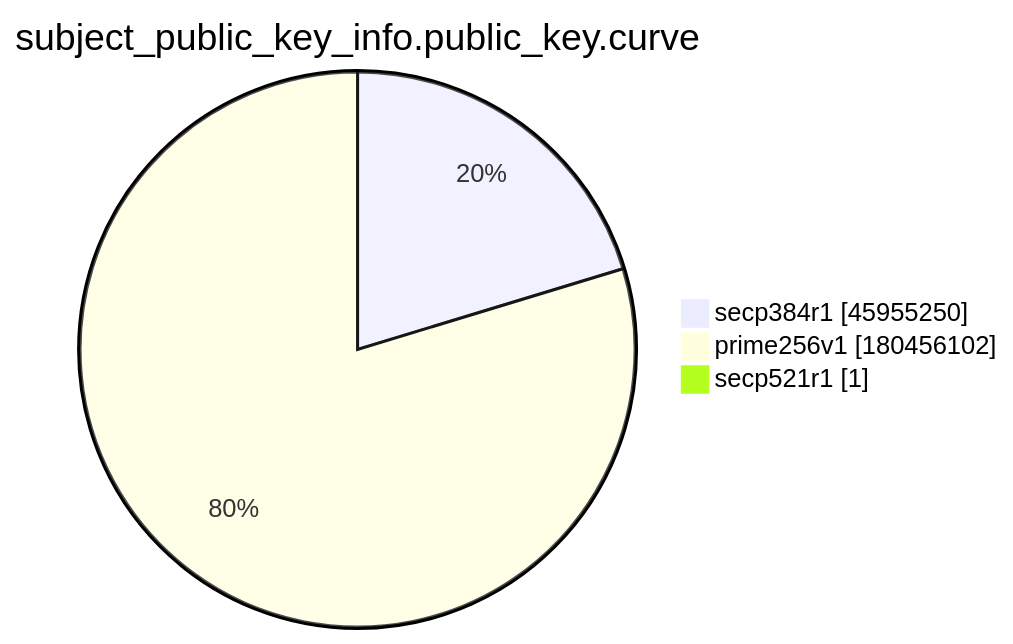
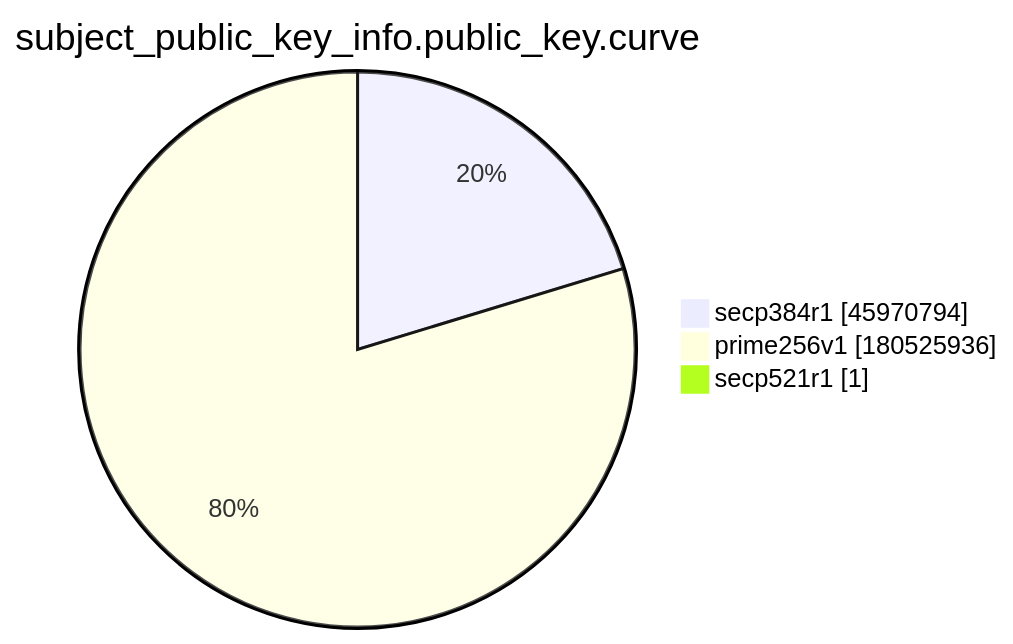
The ninth of 15 diagrams in xenon2022/README.md (christiankrug/ctmonitor_visualization), drawn with Mermaid before and after one commit. The commit also changed other lines of this file, not shown here.

````diff
--- a/xenon2022/README.md
+++ b/xenon2022/README.md
@@ -2873,7 +2873,7 @@
 ```mermaid
 pie showData
 title subject_public_key_info.public_key.curve
-"secp384r1" :45955250
-"prime256v1" :180456102
+"secp384r1" :45970794
+"prime256v1" :180525936
 "secp521r1" :1
 ```
````
